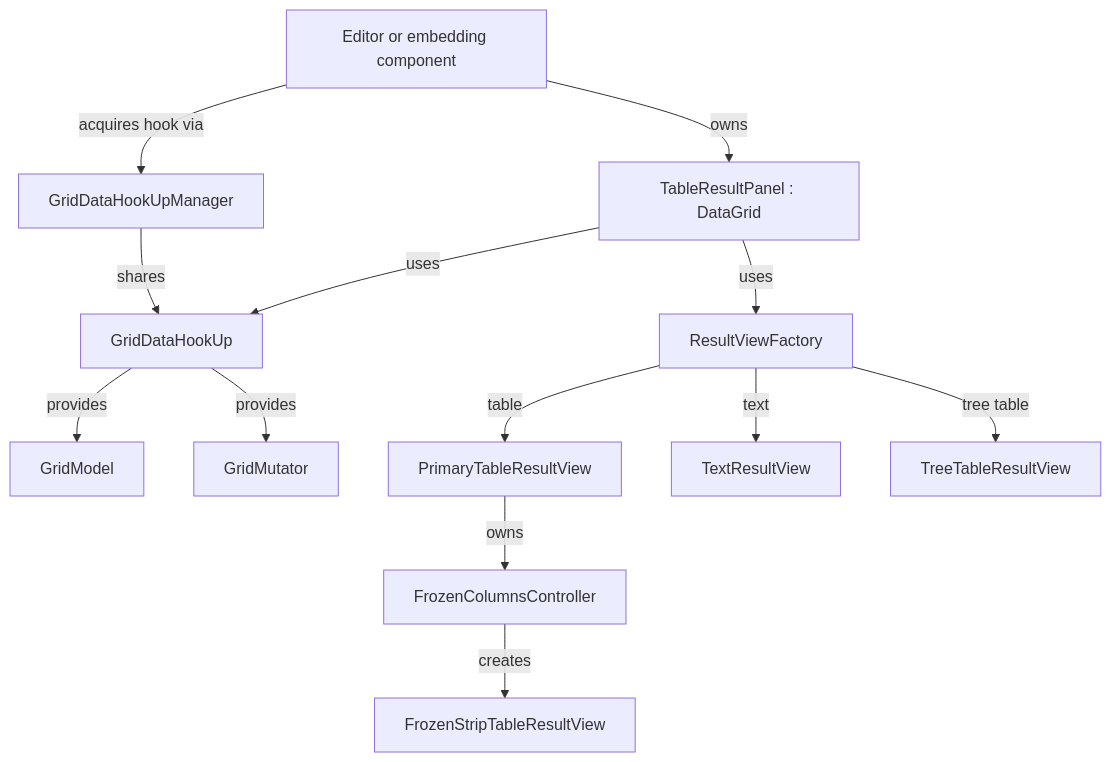
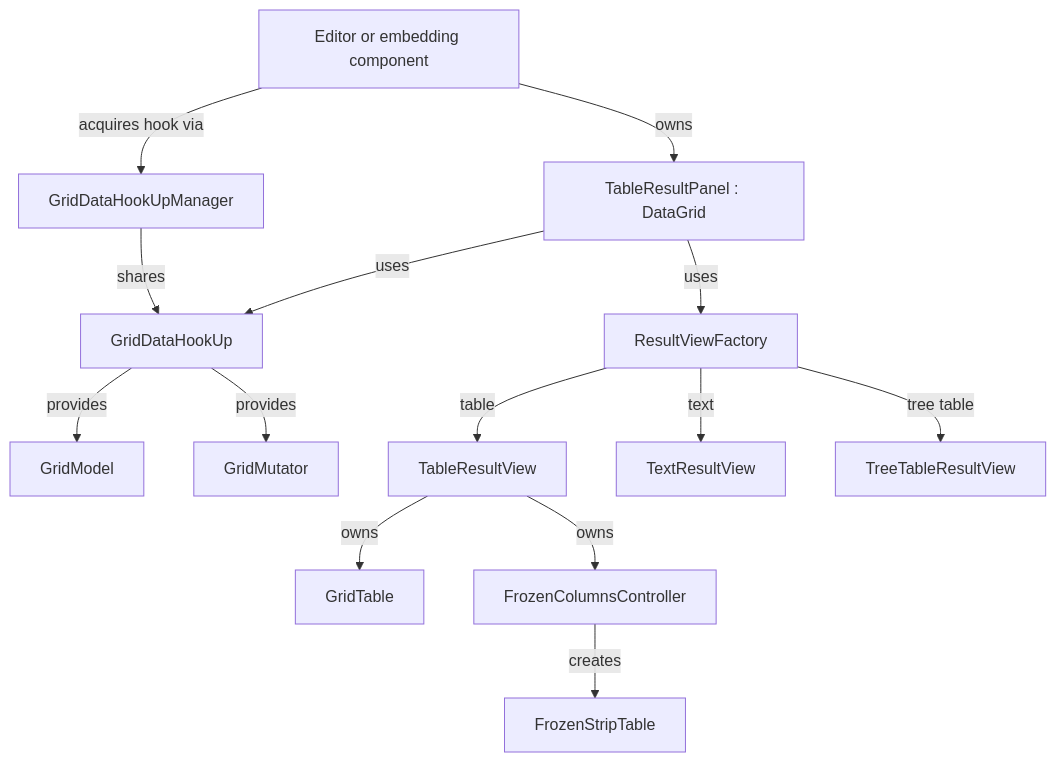
The diagram in grid/impl/README.md (JetBrains/intellij-community), drawn with Mermaid before and after one commit. The commit also changed other lines of this file and 37 other files, not shown here.

First line of the commit message:
DBE-27112 TableResultView hides its main and pinned tables behind one view

````diff
--- a/grid/impl/README.md
+++ b/grid/impl/README.md
@@ -10,15 +10,16 @@
 ```mermaid
 flowchart TD
   Host["Editor or embedding component"] -->|owns| Grid["TableResultPanel : DataGrid"]
   Host -->|acquires hook via| Manager["GridDataHookUpManager"]
   Manager -->|shares| Hook["GridDataHookUp"]
   Grid -->|uses| Hook
   Hook -->|provides| Model["GridModel"]
   Hook -->|provides| Mutator["GridMutator"]
   Grid -->|uses| Factory["ResultViewFactory"]
-  Factory -->|table| Primary["PrimaryTableResultView"]
+  Factory -->|table| Table["TableResultView"]
   Factory -->|text| Text["TextResultView"]
   Factory -->|tree table| Tree["TreeTableResultView"]
-  Primary -->|owns| Frozen["FrozenColumnsController"]
-  Frozen -->|creates| Strip["FrozenStripTableResultView"]
+  Table -->|owns| Primary["GridTable"]
+  Table -->|owns| Frozen["FrozenColumnsController"]
+  Frozen -->|creates| Strip["FrozenStripTable"]
 ```
````
